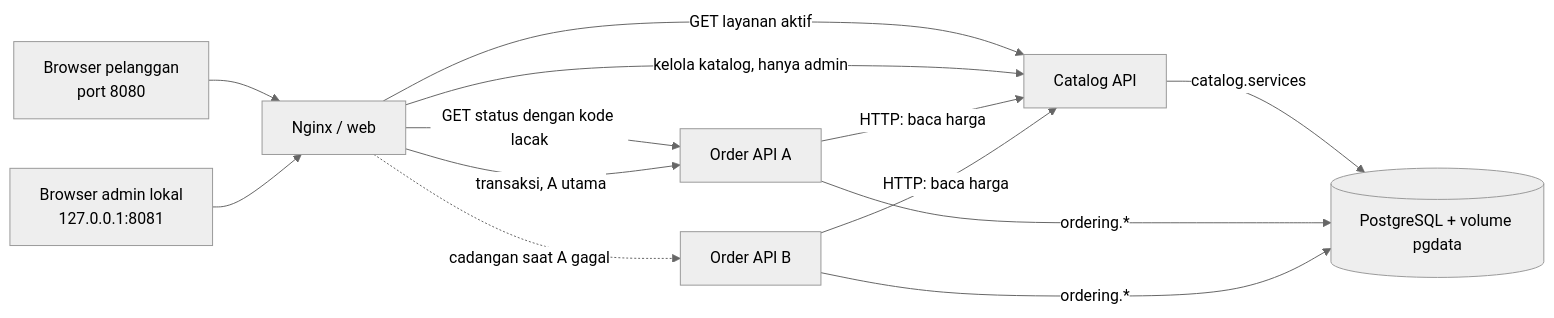
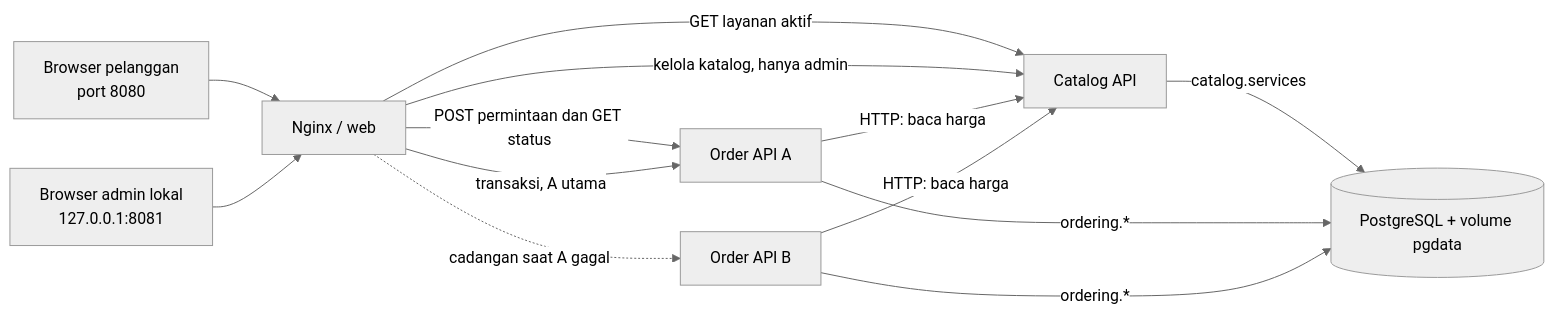
Before and after one commit to Maddd327/SmartLaundry: the diagram in README.md, drawn with Mermaid (neutral theme). The commit also changed other lines of this file and 17 other files, not shown here.

````diff
--- a/README.md
+++ b/README.md
@@ -7,15 +7,15 @@
 ```mermaid
 flowchart LR
   P[Browser pelanggan<br/>port 8080] --> N[Nginx / web]
   A[Browser admin lokal<br/>127.0.0.1:8081] --> N
   N -->|GET layanan aktif| C[Catalog API]
-  N -->|GET status dengan kode lacak| OA
+  N -->|POST permintaan dan GET status| OA
   N -->|kelola katalog, hanya admin| C
   N -->|transaksi, A utama| OA[Order API A]
   N -.->|cadangan saat A gagal| OB[Order API B]
   OA -->|HTTP: baca harga| C
   OB -->|HTTP: baca harga| C
   C -->|catalog.services| DB[(PostgreSQL + volume pgdata)]
   OA -->|ordering.*| DB
   OB -->|ordering.*| DB
 ```
````
